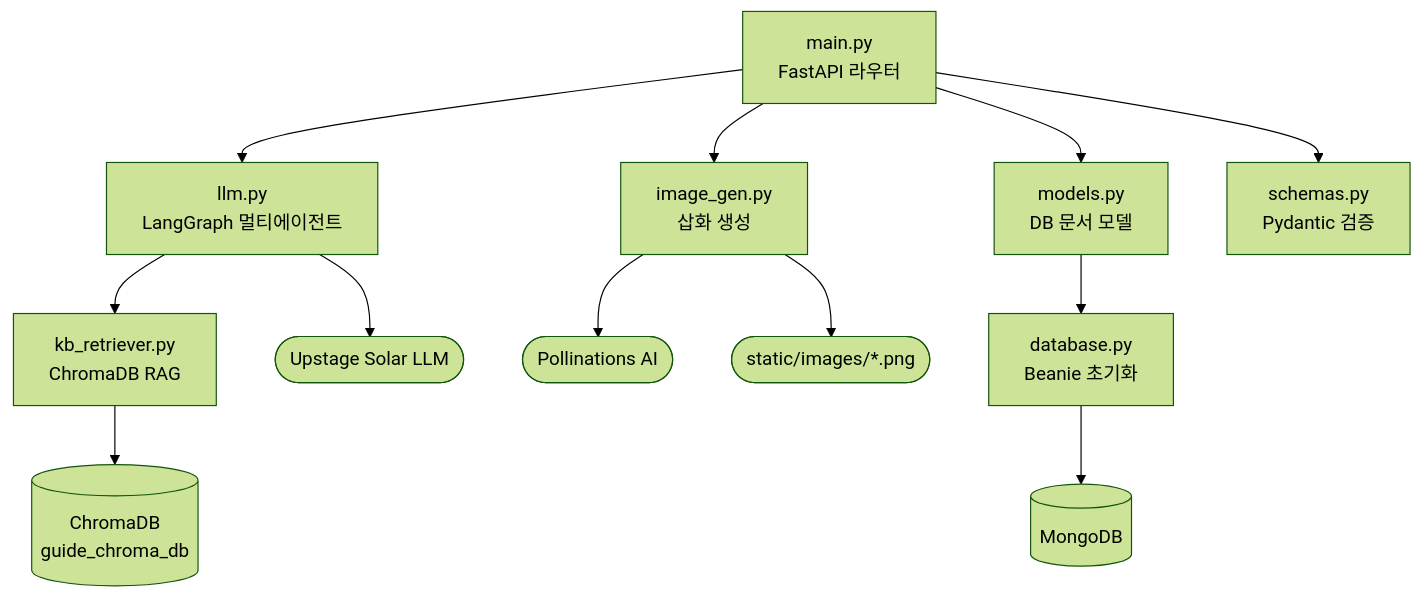
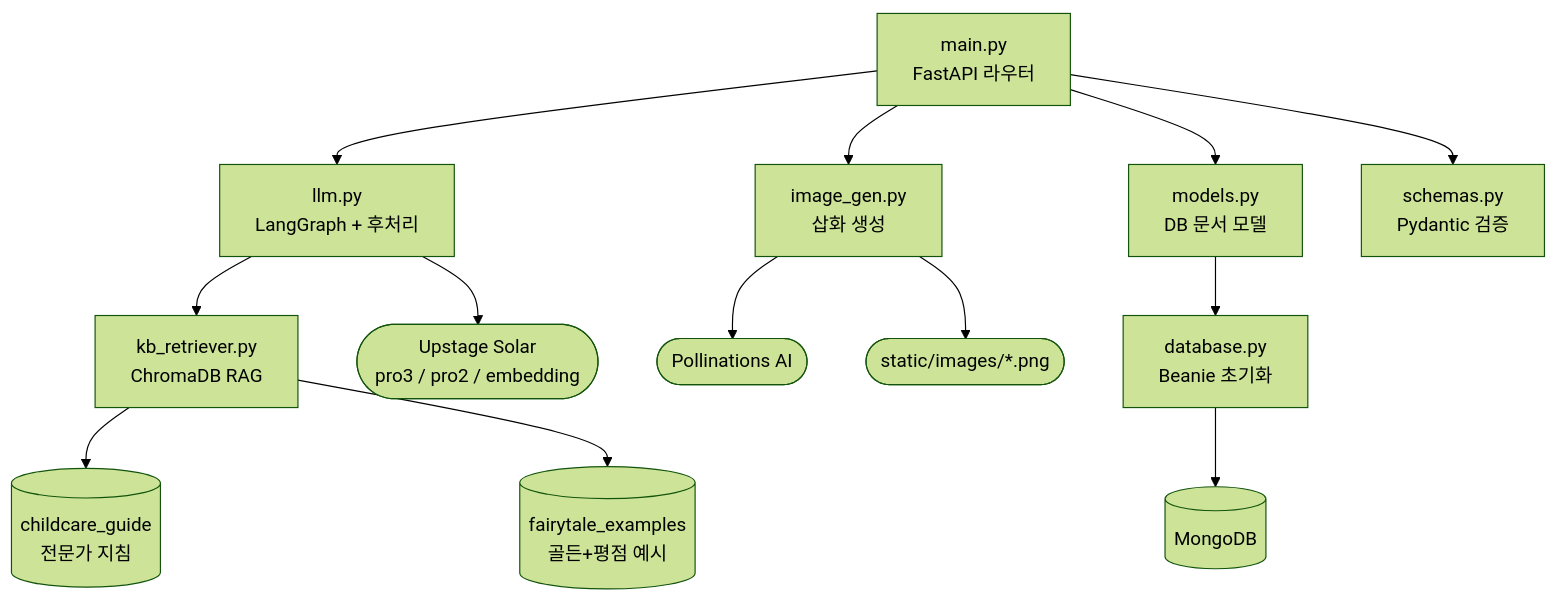
The first of 8 diagrams in 260707project/FLOWCHART.md (sjung-csumb/storyTeller), drawn with Mermaid (forest theme) before and after one commit. The commit also changed other lines of this file and 50 other files, not shown here.

````diff
--- a/260707project/FLOWCHART.md
+++ b/260707project/FLOWCHART.md
@@ -21,28 +32,30 @@
 ```mermaid
 graph TD
     main[main.py<br/>FastAPI 라우터]
-    llm[llm.py<br/>LangGraph 멀티에이전트]
+    llm[llm.py<br/>LangGraph + 후처리]
     kb[kb_retriever.py<br/>ChromaDB RAG]
     img[image_gen.py<br/>삽화 생성]
     models[models.py<br/>DB 문서 모델]
     schemas[schemas.py<br/>Pydantic 검증]
     db[database.py<br/>Beanie 초기화]
 
-    solar([Upstage Solar LLM])
-    chroma[(ChromaDB<br/>guide_chroma_db)]
+    solar([Upstage Solar<br/>pro3 / pro2 / embedding])
+    guide[(childcare_guide<br/>전문가 지침)]
+    exdb[(fairytale_examples<br/>골든+평점 예시)]
     pollin([Pollinations AI])
     mongo[(MongoDB)]
     static([static/images/*.png])
 
     main --> llm
     main --> img
     main --> models
     main --> schemas
     llm --> kb
     llm --> solar
-    kb --> chroma
+    kb --> guide
+    kb --> exdb
     img --> pollin
     img --> static
     models --> db
     db --> mongo
 ```
````
